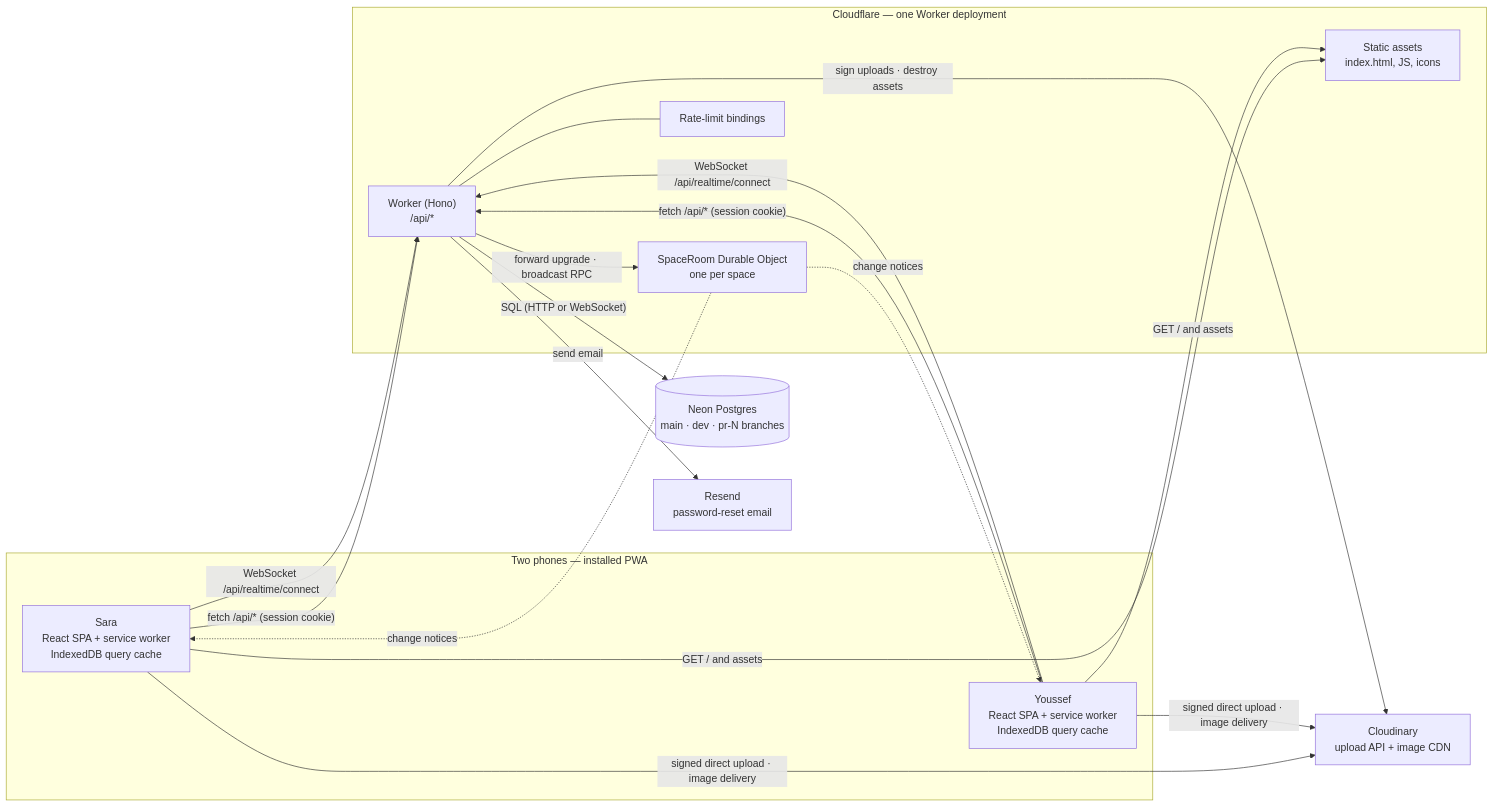
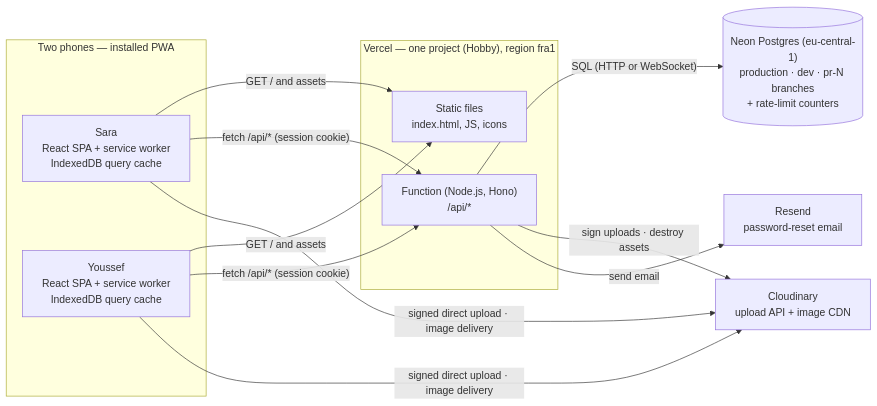
The first of 5 diagrams in ARCHITECTURE.md (bouhvli/zamane-pro), drawn with Mermaid before and after one commit. The commit also changed other lines of this file, not shown here.

Commit message:
docs: hosting on Vercel, rate limits in Neon (D56-D58)

````diff
--- a/ARCHITECTURE.md
+++ b/ARCHITECTURE.md
@@ -11,27 +11,21 @@
 ```mermaid
 flowchart LR
   subgraph Phones["Two phones — installed PWA"]
     A["Sara<br/>React SPA + service worker<br/>IndexedDB query cache"]
     B["Youssef<br/>React SPA + service worker<br/>IndexedDB query cache"]
   end
-  subgraph CF["Cloudflare — one Worker deployment"]
-    SA["Static assets<br/>index.html, JS, icons"]
-    W["Worker (Hono)<br/>/api/*"]
-    DO["SpaceRoom Durable Object<br/>one per space"]
-    RL["Rate-limit bindings"]
+  subgraph V["Vercel — one project (Hobby), region fra1"]
+    SA["Static files<br/>index.html, JS, icons"]
+    F["Function (Node.js, Hono)<br/>/api/*"]
   end
-  NEON[("Neon Postgres<br/>main · dev · pr-N branches")]
+  NEON[("Neon Postgres (eu-central-1)<br/>production · dev · pr-N branches<br/>+ rate-limit counters")]
   CLD["Cloudinary<br/>upload API + image CDN"]
   RS["Resend<br/>password-reset email"]
 
   A & B -- "GET / and assets" --> SA
-  A & B -- "fetch /api/* (session cookie)" --> W
-  A & B -- "WebSocket /api/realtime/connect" --> W
-  W -- "forward upgrade · broadcast RPC" --> DO
-  DO -. "change notices" .-> A & B
-  W -- "SQL (HTTP or WebSocket)" --> NEON
-  W -- "sign uploads · destroy assets" --> CLD
+  A & B -- "fetch /api/* (session cookie)" --> F
+  F -- "SQL (HTTP or WebSocket)" --> NEON
+  F -- "sign uploads · destroy assets" --> CLD
   A & B -- "signed direct upload · image delivery" --> CLD
-  W -- "send email" --> RS
-  W --- RL
+  F -- "send email" --> RS
 ```
````
